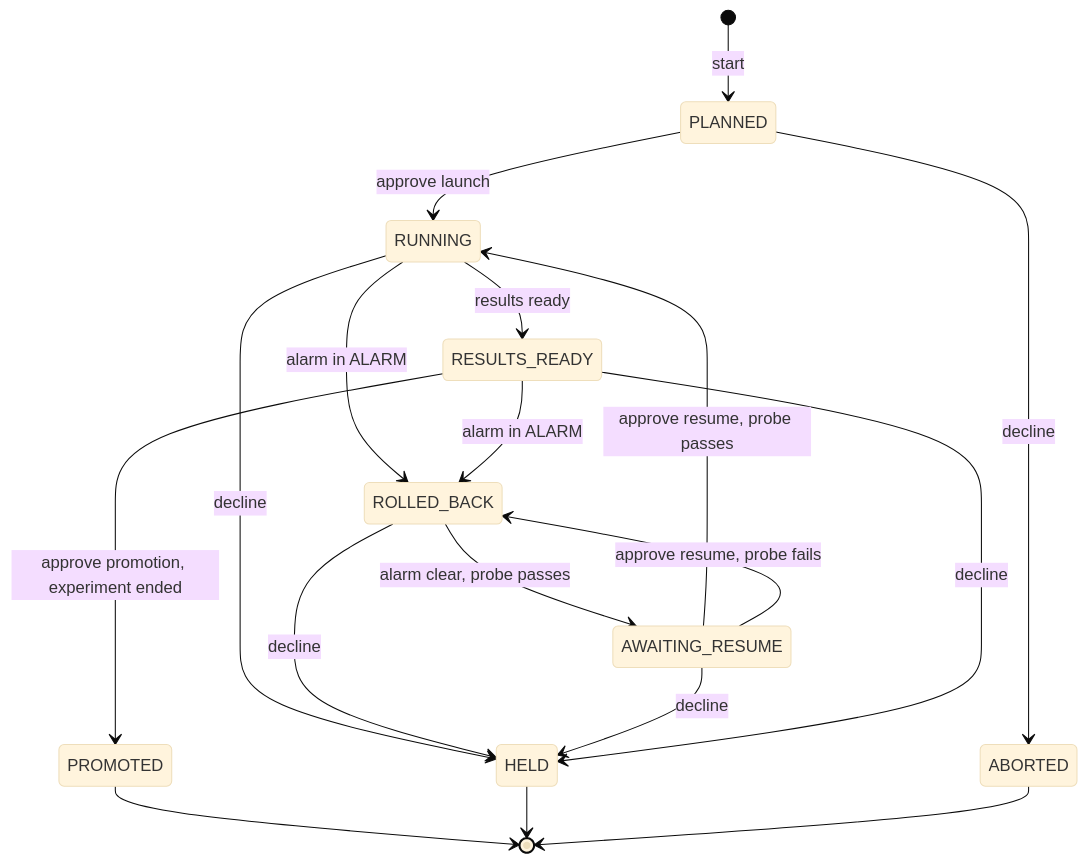
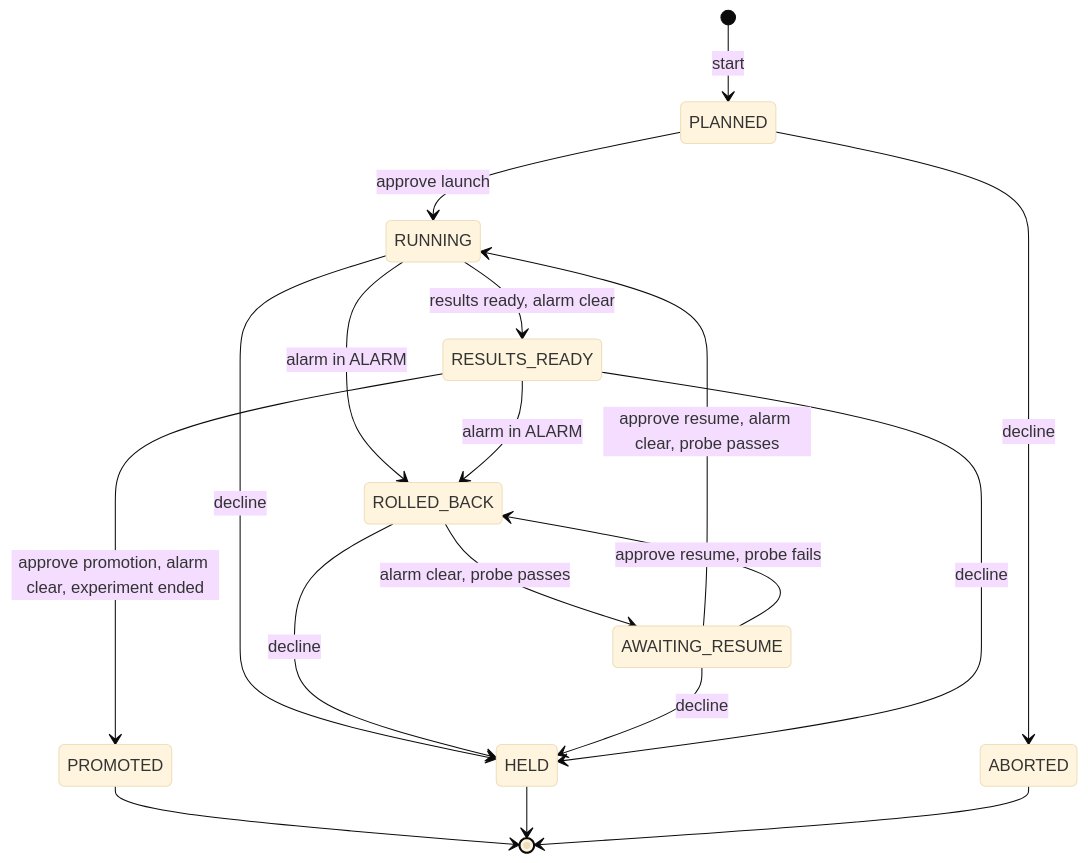
Before and after one commit to abebars/rollout-marshal: the fourth of 4 diagrams in README.md, drawn with Mermaid (base theme). The commit also changed other lines of this file, not shown here.

````diff
--- a/README.md
+++ b/README.md
@@ -332,20 +334,20 @@
 ```mermaid
 stateDiagram-v2
   [*] --> PLANNED : start
   PLANNED --> RUNNING : approve launch
   PLANNED --> ABORTED : decline
   RUNNING --> ROLLED_BACK : alarm in ALARM
-  RUNNING --> RESULTS_READY : results ready
+  RUNNING --> RESULTS_READY : results ready, alarm clear
   RUNNING --> HELD : decline
   ROLLED_BACK --> AWAITING_RESUME : alarm clear, probe passes
   ROLLED_BACK --> HELD : decline
-  AWAITING_RESUME --> RUNNING : approve resume, probe passes
+  AWAITING_RESUME --> RUNNING : approve resume, alarm clear, probe passes
   AWAITING_RESUME --> ROLLED_BACK : approve resume, probe fails
   AWAITING_RESUME --> HELD : decline
   RESULTS_READY --> ROLLED_BACK : alarm in ALARM
-  RESULTS_READY --> PROMOTED : approve promotion, experiment ended
+  RESULTS_READY --> PROMOTED : approve promotion, alarm clear, experiment ended
   RESULTS_READY --> HELD : decline
   PROMOTED --> [*]
   HELD --> [*]
   ABORTED --> [*]
 ```
````
